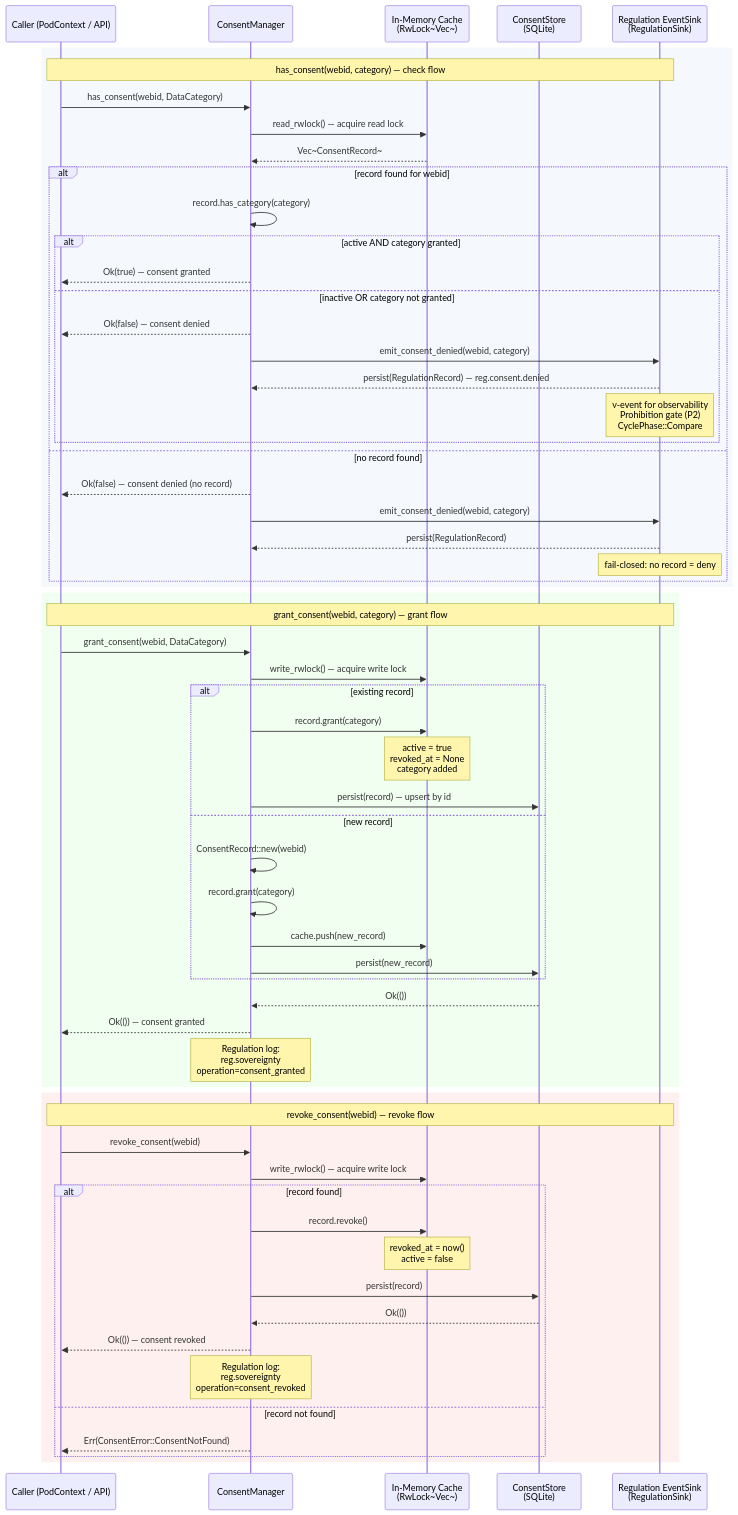
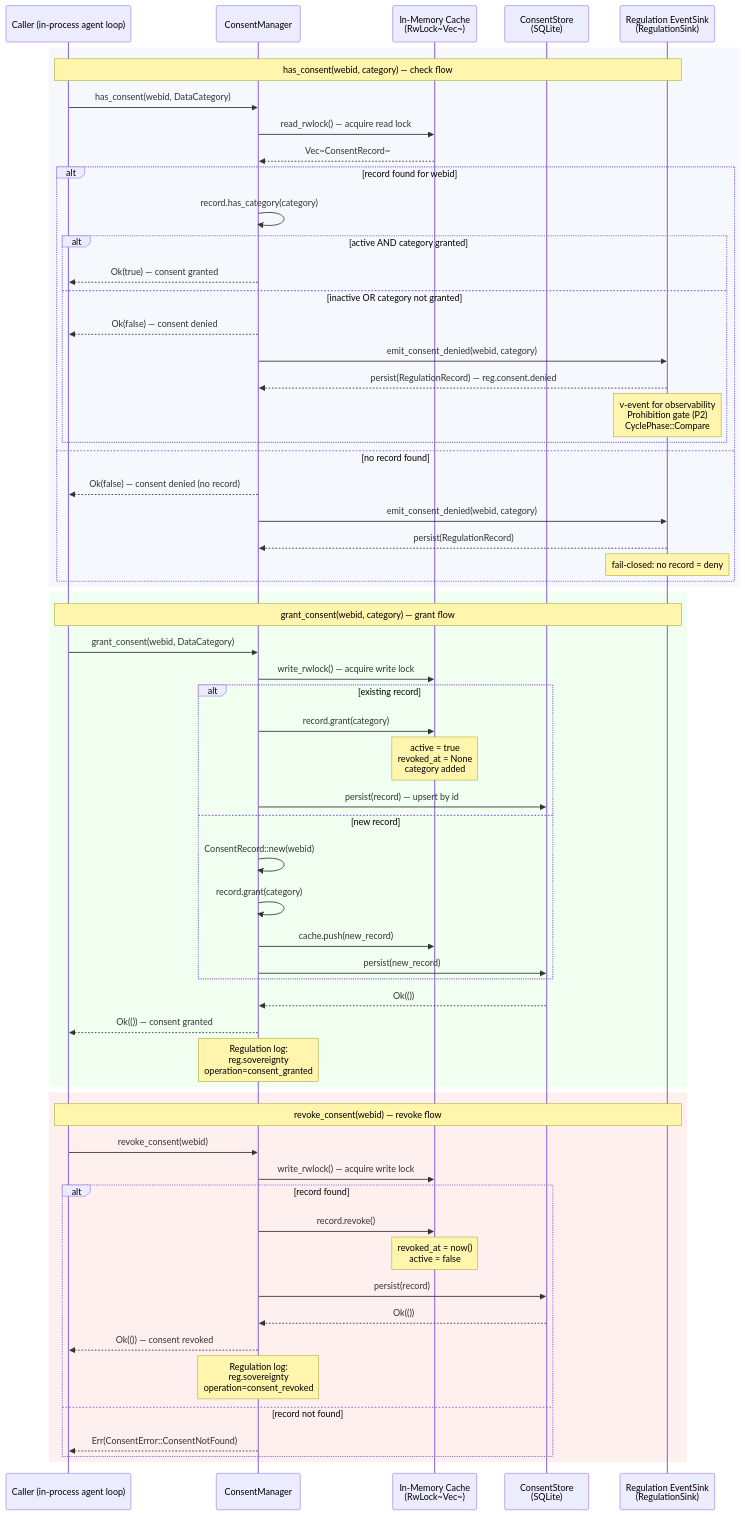
One commit to mdz-axo/zed-kask changed the fourth of 6 diagrams in kask/docs/explanation/sovereignty-and-ocap.md. Above: the diagram before and after it, drawn with Mermaid. The commit also changed other lines of this file and 15 other files, not shown here.

First line of the commit message:
Deep clean: fix stale references, rewrite architecture docs

````diff
--- a/kask/docs/explanation/sovereignty-and-ocap.md
+++ b/kask/docs/explanation/sovereignty-and-ocap.md
@@ -351,76 +355,76 @@
 ```mermaid
 sequenceDiagram
-    participant Caller as Caller (PodContext / API)
+    participant Caller as Caller (in-process agent loop)
     participant CM as ConsentManager
     participant Cache as In-Memory Cache<br/>(RwLock~Vec~)
     participant Store as ConsentStore<br/>(SQLite)
     participant Regulation as Regulation EventSink<br/>(RegulationSink)
 
     %% ── has_consent() check flow ──
     rect rgb(245, 248, 252)
         Note over Caller,Regulation: has_consent(webid, category) — check flow
 
         Caller->>CM: has_consent(webid, DataCategory)
         CM->>Cache: read_rwlock() — acquire read lock
         Cache-->>CM: Vec~ConsentRecord~
 
         alt record found for webid
             CM->>CM: record.has_category(category)
             alt active AND category granted
                 CM-->>Caller: Ok(true) — consent granted
             else inactive OR category not granted
                 CM-->>Caller: Ok(false) — consent denied
                 CM->>Regulation: emit_consent_denied(webid, category)
                 Regulation-->>CM: persist(RegulationRecord) — reg.consent.denied
                 Note over Regulation: ν-event for observability<br/>Prohibition gate (P2)<br/>CyclePhase::Compare
             end
         else no record found
             CM-->>Caller: Ok(false) — consent denied (no record)
             CM->>Regulation: emit_consent_denied(webid, category)
             Regulation-->>CM: persist(RegulationRecord)
             Note over Regulation: fail-closed: no record = deny
         end
     end
 
     %% ── grant_consent() flow ──
     rect rgb(240, 255, 240)
         Note over Caller,Regulation: grant_consent(webid, category) — grant flow
 
         Caller->>CM: grant_consent(webid, DataCategory)
         CM->>Cache: write_rwlock() — acquire write lock
 
         alt existing record
             CM->>Cache: record.grant(category)
             Note over Cache: active = true<br/>revoked_at = None<br/>category added
             CM->>Store: persist(record) — upsert by id
         else new record
             CM->>CM: ConsentRecord::new(webid)
             CM->>CM: record.grant(category)
             CM->>Cache: cache.push(new_record)
             CM->>Store: persist(new_record)
         end
 
         Store-->>CM: Ok(())
         CM-->>Caller: Ok(()) — consent granted
         Note over CM: Regulation log:<br/>reg.sovereignty<br/>operation=consent_granted
     end
 
     %% ── revoke_consent() flow ──
     rect rgb(255, 240, 240)
         Note over Caller,Regulation: revoke_consent(webid) — revoke flow
 
         Caller->>CM: revoke_consent(webid)
         CM->>Cache: write_rwlock() — acquire write lock
 
         alt record found
             CM->>Cache: record.revoke()
             Note over Cache: revoked_at = now()<br/>active = false
             CM->>Store: persist(record)
             Store-->>CM: Ok(())
             CM-->>Caller: Ok(()) — consent revoked
             Note over CM: Regulation log:<br/>reg.sovereignty<br/>operation=consent_revoked
         else record not found
             CM-->>Caller: Err(ConsentError::ConsentNotFound)
         end
     end
 ```
````
